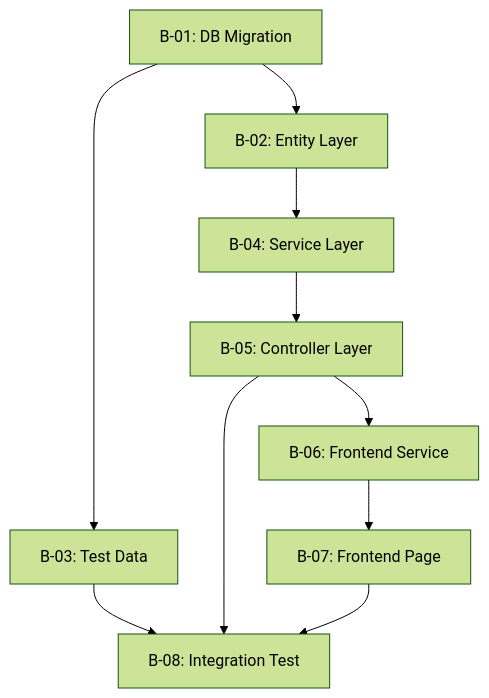
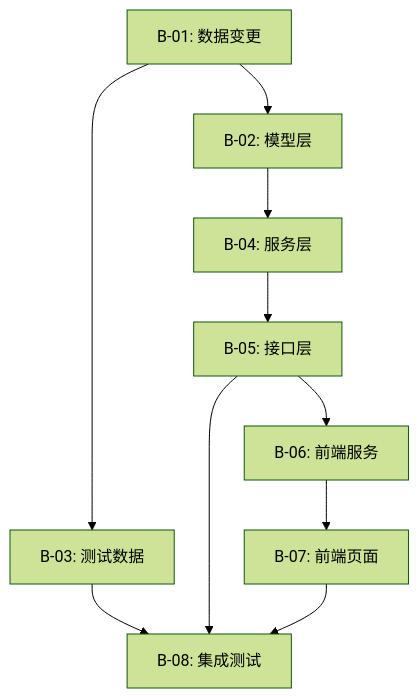
One commit to wenyuncong/enterprise-ai-dev-os changed the diagram in i18n/zh-CN/20_方法论正文/02_自动寻路与任务调度_中文版.md. Above: the diagram before and after it, drawn with Mermaid (forest theme). The commit also changed other lines of this file and 127 other files, not shown here.

````diff
--- a/i18n/zh-CN/20_方法论正文/02_自动寻路与任务调度_中文版.md
+++ b/i18n/zh-CN/20_方法论正文/02_自动寻路与任务调度_中文版.md
@@ -98,12 +98,12 @@
 ```mermaid
 graph TD
-    A[B-01: DB Migration] --> B[B-02: Entity Layer]
-    A --> C[B-03: Test Data]
-    B --> D[B-04: Service Layer]
-    D --> E[B-05: Controller Layer]
-    E --> F[B-06: Frontend Service]
-    F --> G[B-07: Frontend Page]
-    C --> H[B-08: Integration Test]
+    A[B-01: 数据变更] --> B[B-02: 模型层]
+    A --> C[B-03: 测试数据]
+    B --> D[B-04: 服务层]
+    D --> E[B-05: 接口层]
+    E --> F[B-06: 前端服务]
+    F --> G[B-07: 前端页面]
+    C --> H[B-08: 集成测试]
     E --> H
     G --> H
 ```
````
